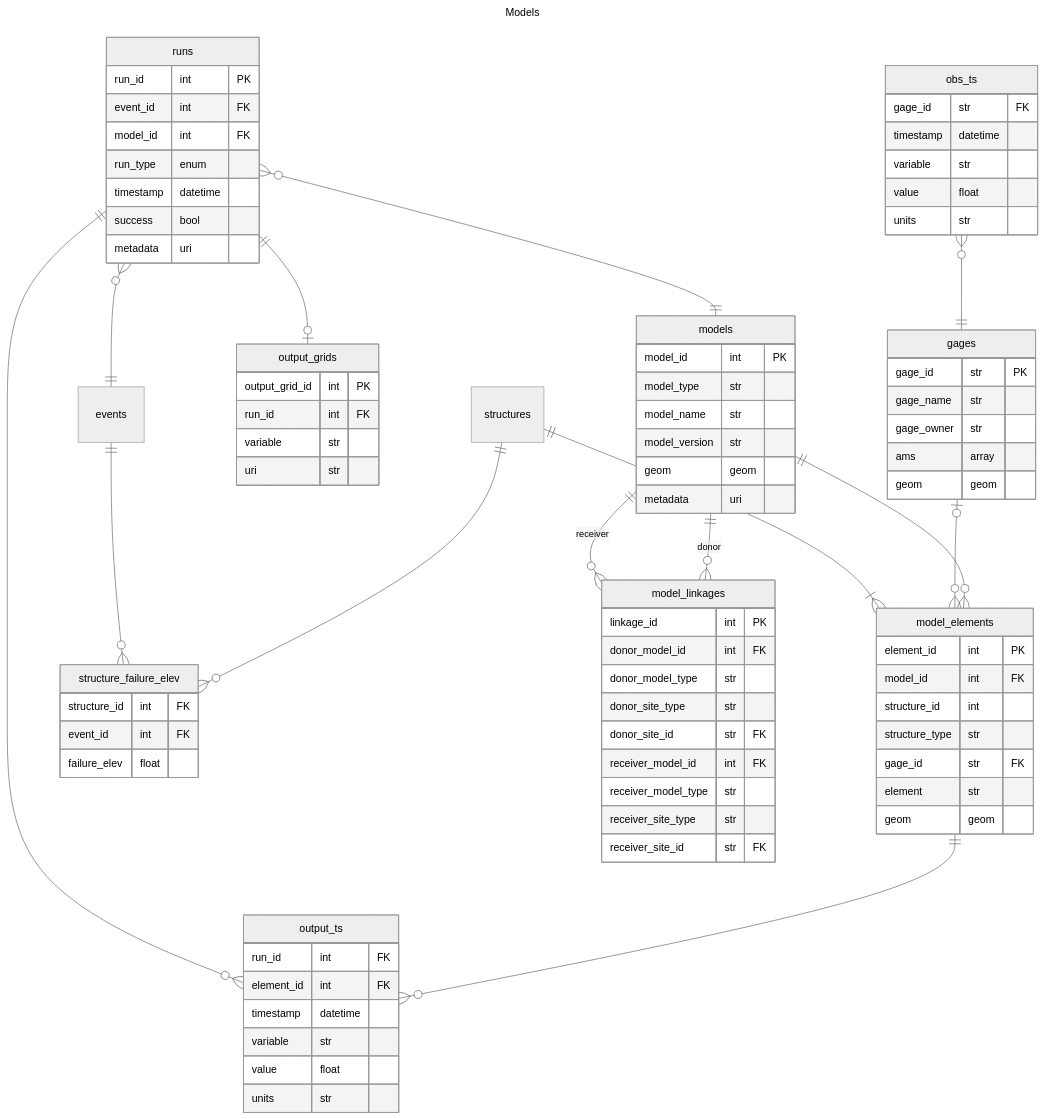
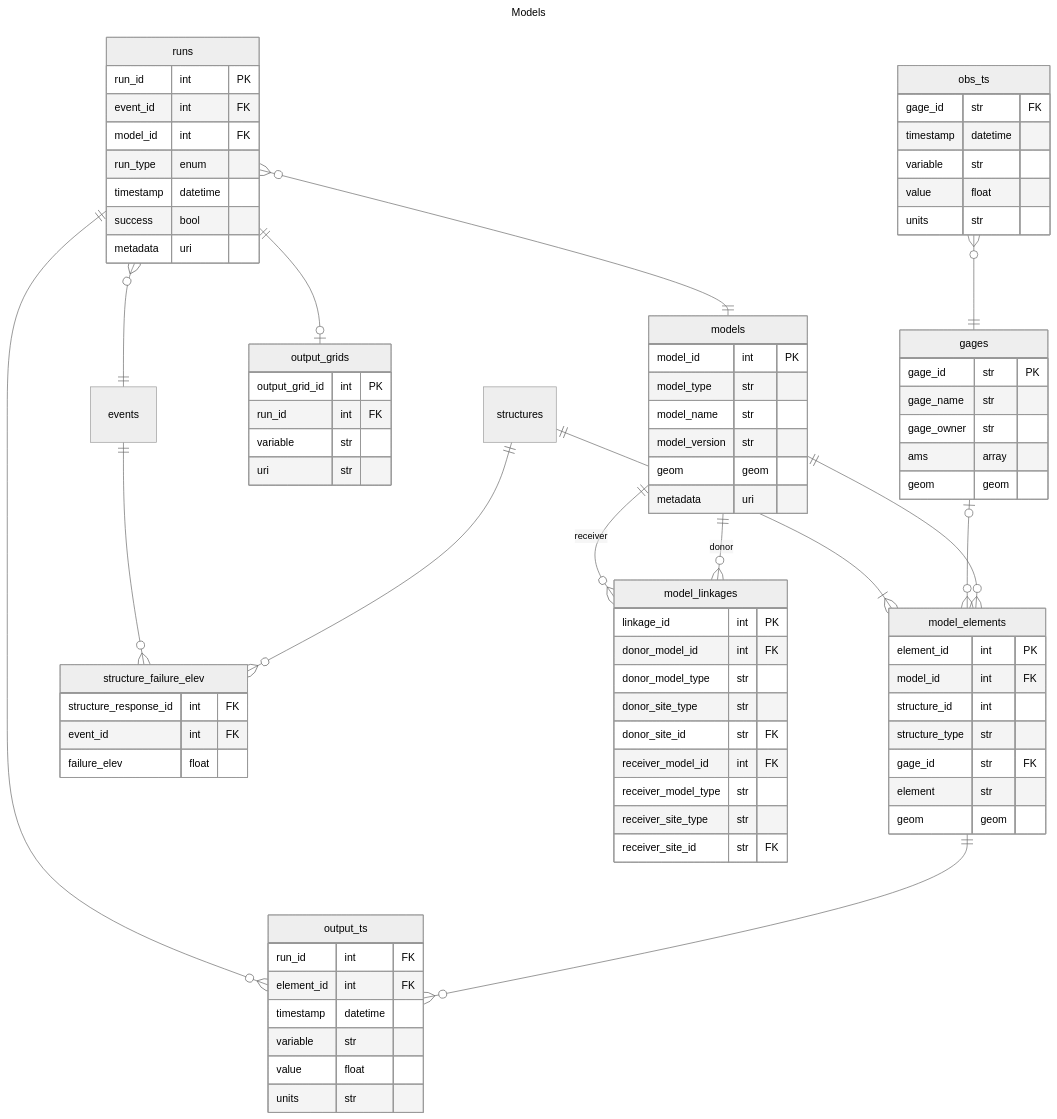
The diagram in rdb/models.mmd (fema-ffrd/ffrd-data-model), drawn with Mermaid (neutral theme) before and after one commit. The commit also changed 11 other files, not shown here.

```diff
--- a/rdb/models.mmd
+++ b/rdb/models.mmd
@@ -1,94 +1,94 @@
 ---
 title: Models
 ---
 
 erDiagram
 
     obs_ts }o--|| gages : ""
     models ||--o{ model_elements : ""
     model_elements ||--o{ output_ts : ""
     gages |o--o{ model_elements : ""
     runs ||--o{ output_ts : ""
     runs ||--o| output_grids : ""
     structures ||--|{ model_elements : ""
     structures ||--o{ structure_failure_elev : ""
     events ||--o{ structure_failure_elev : ""
     runs }o--|| models : ""
     runs }o--|| events : ""
     models ||--o{ model_linkages : "donor"
     models ||--o{ model_linkages : "receiver"
 
     events {
        }
     gages {
         gage_id str PK
         gage_name str
         gage_owner str
         ams array
         geom geom
     }
     models {
         model_id int PK
         model_type str
         model_name str
         model_version str
         geom geom
         metadata uri
     }
     model_elements {
         element_id int PK
         model_id int FK
         structure_id int
         structure_type str
         gage_id str FK
         element str
         geom geom
     }
     output_ts {
         run_id int FK
         element_id int FK
         timestamp datetime
         variable str
         value float
         units str
     }
     output_grids {
         output_grid_id int PK
         run_id int FK
         variable str
         uri str
     }
     obs_ts {
         gage_id str FK
         timestamp datetime
         variable str
         value float
         units str
     }
     model_linkages {
         linkage_id int PK
         donor_model_id int FK
         donor_model_type str
         donor_site_type str
         donor_site_id str FK
         receiver_model_id int FK
         receiver_model_type str
         receiver_site_type str
         receiver_site_id str FK
     }
     structures {
     }
     runs {
         run_id int PK
         event_id int FK
         model_id int FK
         run_type enum
         timestamp datetime
         success bool
         metadata uri
     }
     structure_failure_elev {
-        structure_id int FK
+        structure_response_id int FK
         event_id int FK
         failure_elev float
     }
```
